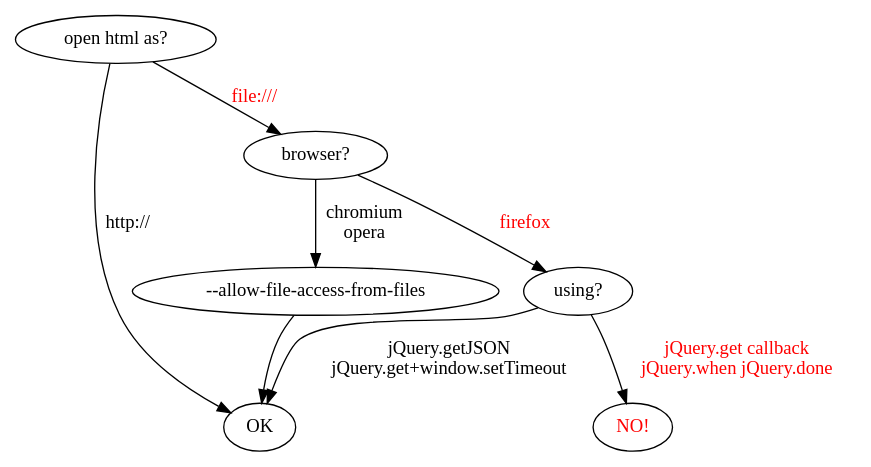
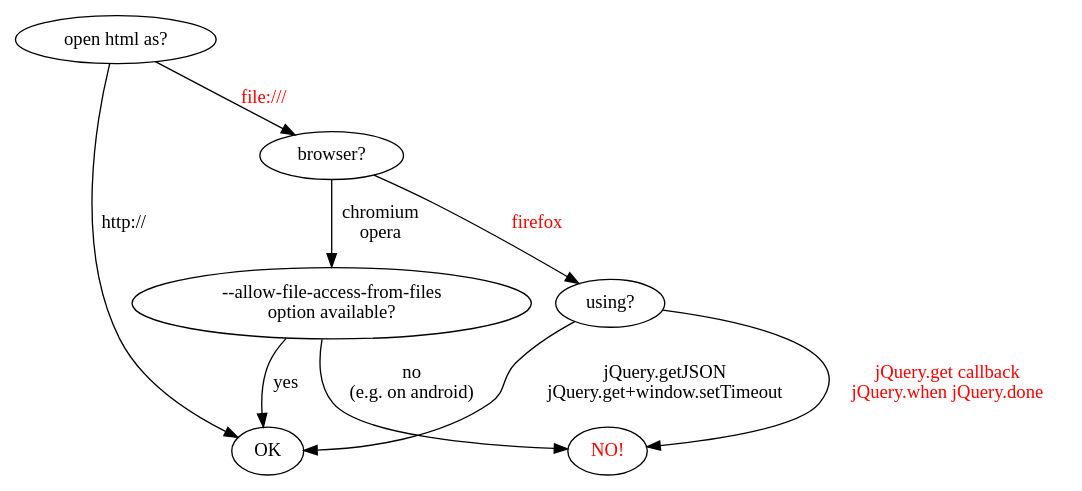
One commit to ckhung/javascriptCanReadLocalFiles changed the diagram in readLocal.dot. Above: the diagram before and after it, drawn with Graphviz. The commit also changed 2 other files, not shown here.

Commit message:
fix pic: --allow options may be unavailable

```diff
--- a/readLocal.dot
+++ b/readLocal.dot
@@ -1,21 +1,22 @@
 // dot -Tsvg readLocal.dot > readLocal.svg
 digraph "reading local file using jQuery.get" {
 
     overlap = scale;
     // rankdir=LR;
 
     ok [ label="OK" ];
     html [ label="open html as?" ];
     browser [ label="browser?" ];
-    chromium [ label="--allow-file-access-from-files" ];
+    chromium [ label="--allow-file-access-from-files\noption available?" ];
     using [ label="using?" ];
     no [ label="NO!"; fontcolor="red" ];
 
     html -> ok [ label="http://" ];
     html -> browser [ label="file:///"; fontcolor="red" ];
     browser -> chromium [ label="chromium\nopera" ];
-    chromium -> ok;
+    chromium -> ok [ label="yes" ];
+    chromium -> no [ label="no\n(e.g. on android)" ];
     browser -> using [ label="firefox"; fontcolor="red" ];
     using -> ok [ label="jQuery.getJSON\njQuery.get+window.setTimeout" ];
     using -> no [ label="jQuery.get callback\njQuery.when jQuery.done"; fontcolor="red" ];
 }
```
